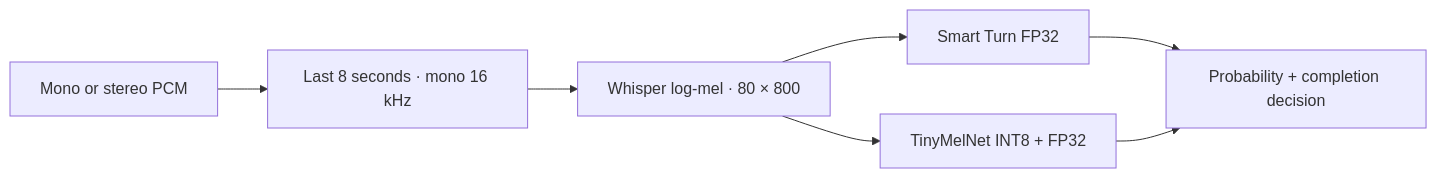
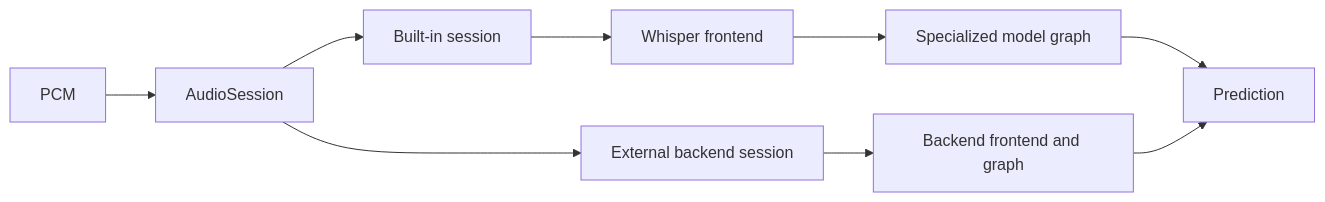
The diagram in docs/architecture.md (GetStream/gophonic), drawn with Mermaid before and after one commit. The commit also changed other lines of this file and 10 other files, not shown here.

Commit message:
Add extensible audio sessions and standalone Whisper features

````diff
--- a/docs/architecture.md
+++ b/docs/architecture.md
@@ -7,9 +9,11 @@
 ```mermaid
 flowchart LR
-    A[Mono or stereo PCM] --> B[Last 8 seconds · mono 16 kHz]
-    B --> C[Whisper log-mel · 80 × 800]
-    C --> D[Smart Turn FP32]
-    C --> E[TinyMelNet INT8 + FP32]
-    D --> F[Probability + completion decision]
-    E --> F
+    A[PCM] --> B[AudioSession]
+    B --> C[Built-in session]
+    B --> D[External backend session]
+    C --> E[Whisper frontend]
+    E --> F[Specialized model graph]
+    D --> G[Backend frontend and graph]
+    F --> H[Prediction]
+    G --> H
 ```
````
